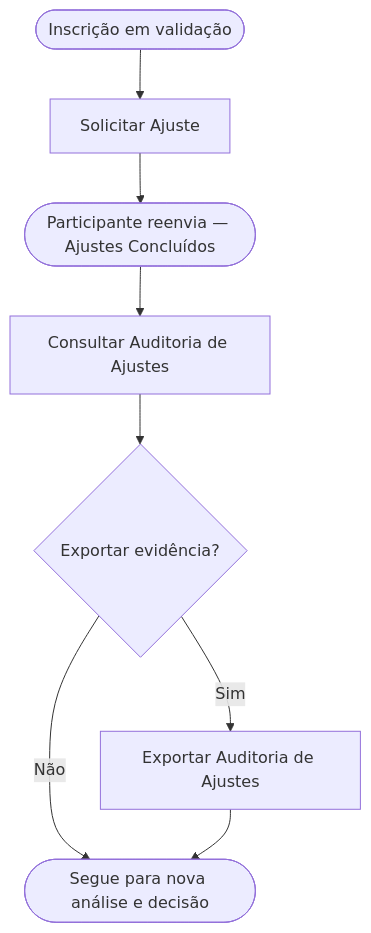
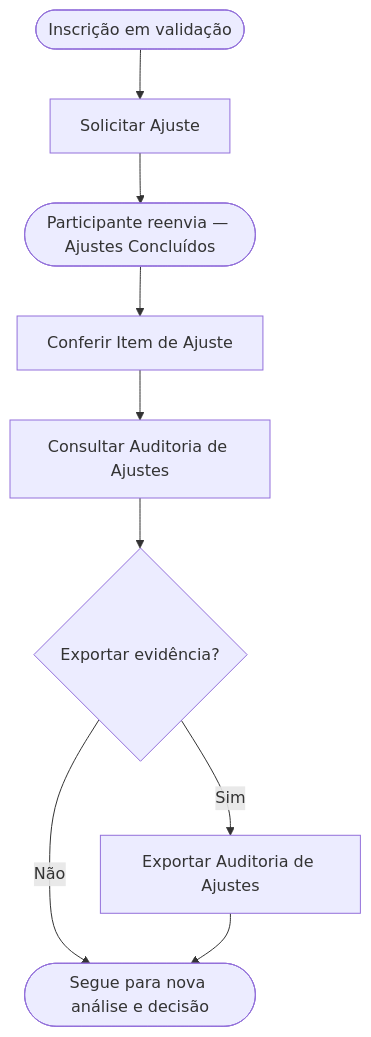
Before and after one commit to andromarcio/phl-premio-iel: the diagram in modules/validacao/ajustes/README.md, drawn with Mermaid. The commit also changed other lines of this file and 27 other files, not shown here.

````diff
--- a/modules/validacao/ajustes/README.md
+++ b/modules/validacao/ajustes/README.md
@@ -26,10 +26,11 @@
 ```mermaid
 flowchart TD
     A(["Inscrição em validação"]) --> B["Solicitar Ajuste"]
     B --> C(["Participante reenvia — Ajustes Concluídos"])
-    C --> D["Consultar Auditoria de Ajustes"]
+    C --> K["Conferir Item de Ajuste"]
+    K --> D["Consultar Auditoria de Ajustes"]
     D --> E{"Exportar evidência?"}
     E -->|Sim| F["Exportar Auditoria de Ajustes"]
     E -->|Não| G(["Segue para nova análise e decisão"])
     F --> G
 ```
````
